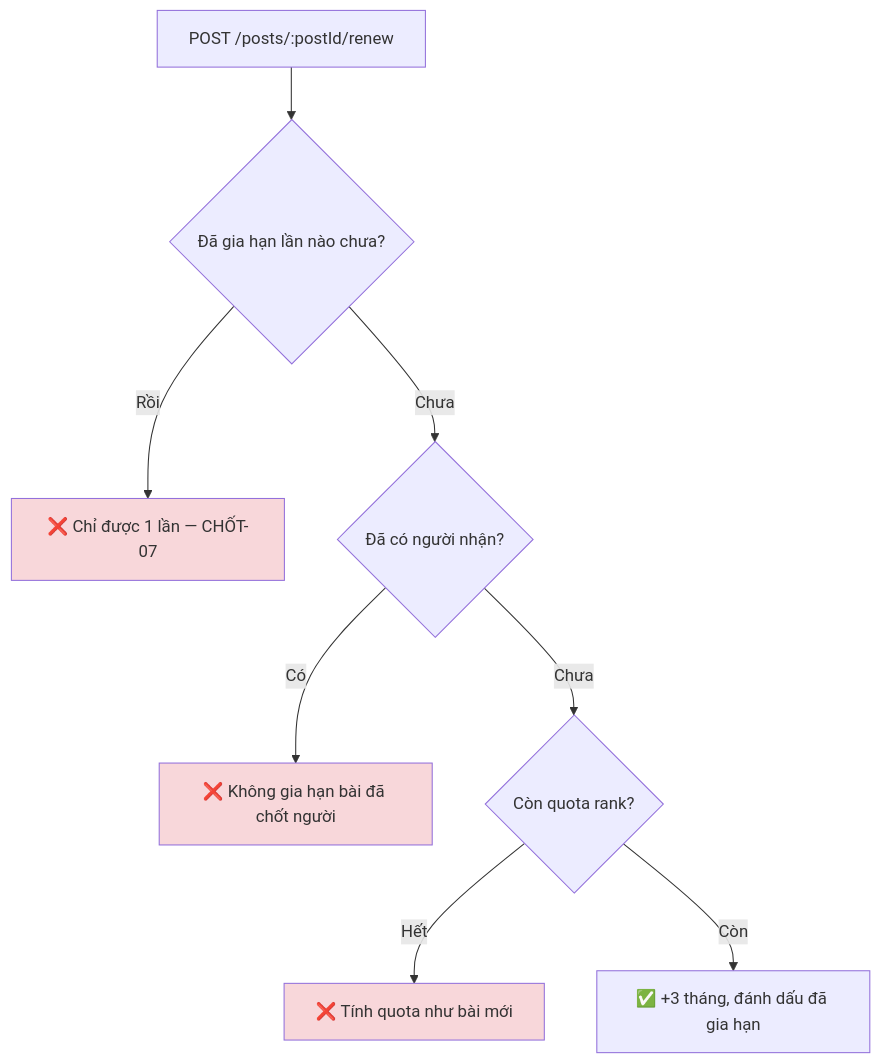
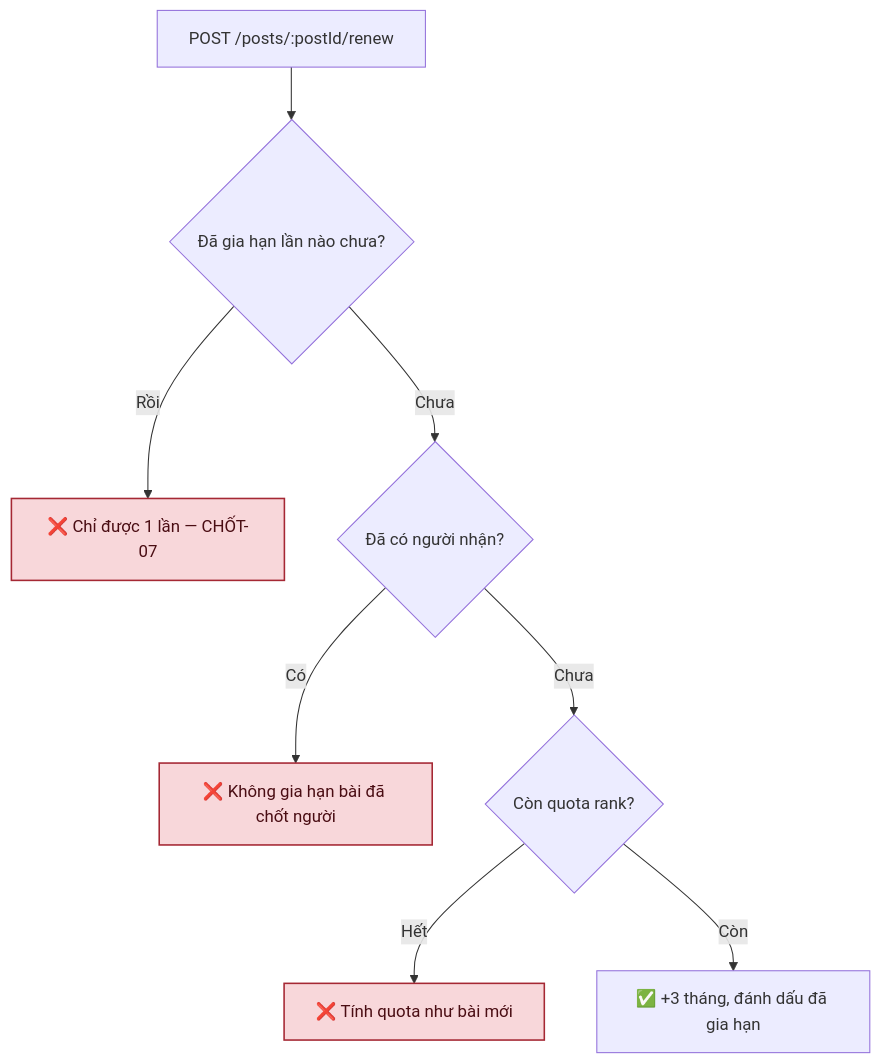
One commit to fdshn/trueheart changed the fifth of 6 diagrams in docs/diagram/04-post.md. Above: the diagram before and after it, drawn with Mermaid. The commit also changed other lines of this file and 30 other files, not shown here.

First line of the commit message:
docs(diagram): chữ trong khối tô màu đọc được ở cả giao diện sáng và tối

````diff
--- a/docs/diagram/04-post.md
+++ b/docs/diagram/04-post.md
@@ -120,14 +123,14 @@
 ```mermaid
 flowchart TD
     A["POST /posts/:postId/renew"] --> B{Đã gia hạn lần nào chưa?}
     B -->|Rồi| C[❌ Chỉ được 1 lần — CHỐT-07]
     B -->|Chưa| D{Đã có người nhận?}
     D -->|Có| E[❌ Không gia hạn bài đã chốt người]
     D -->|Chưa| F{Còn quota rank?}
     F -->|Hết| G[❌ Tính quota như bài mới]
     F -->|Còn| H[✅ +3 tháng, đánh dấu đã gia hạn]
 
-    style C fill:#f8d7da
-    style E fill:#f8d7da
-    style G fill:#f8d7da
+    style C fill:#f8d7da,stroke:#a52834,stroke-width:1.5px,color:#4a0d13
+    style E fill:#f8d7da,stroke:#a52834,stroke-width:1.5px,color:#4a0d13
+    style G fill:#f8d7da,stroke:#a52834,stroke-width:1.5px,color:#4a0d13
 ```
````
